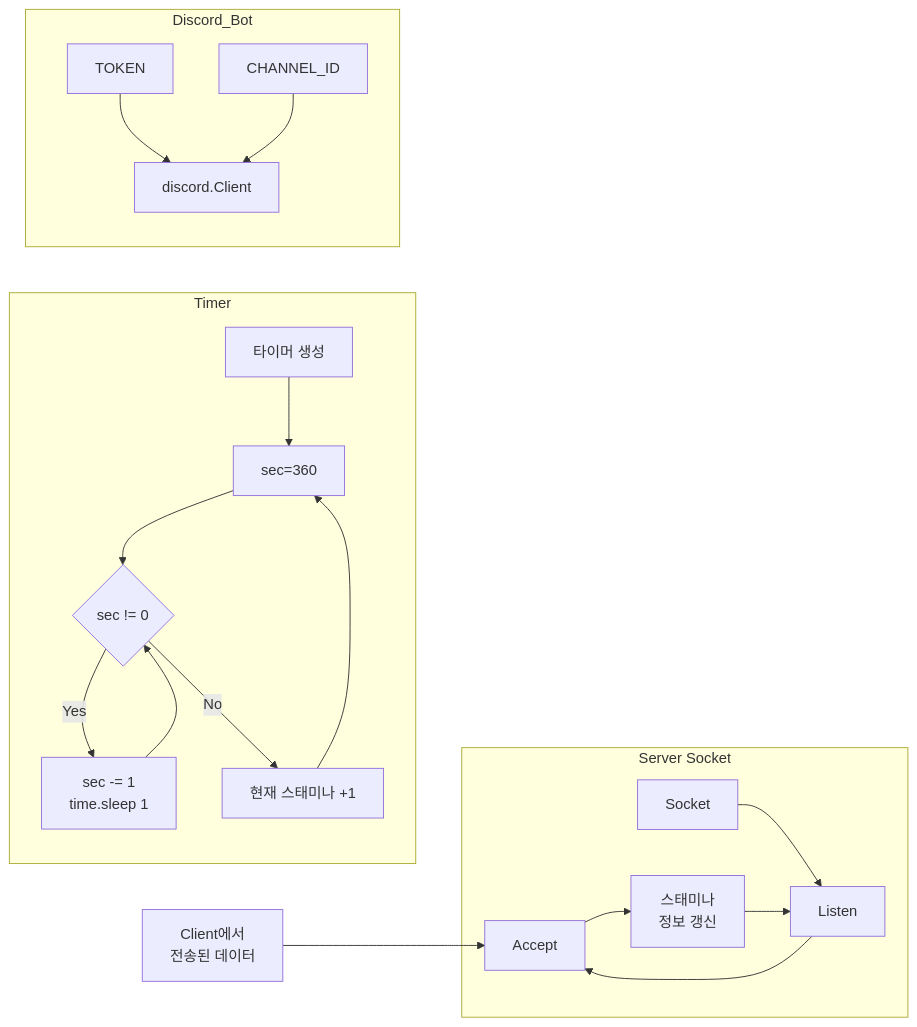
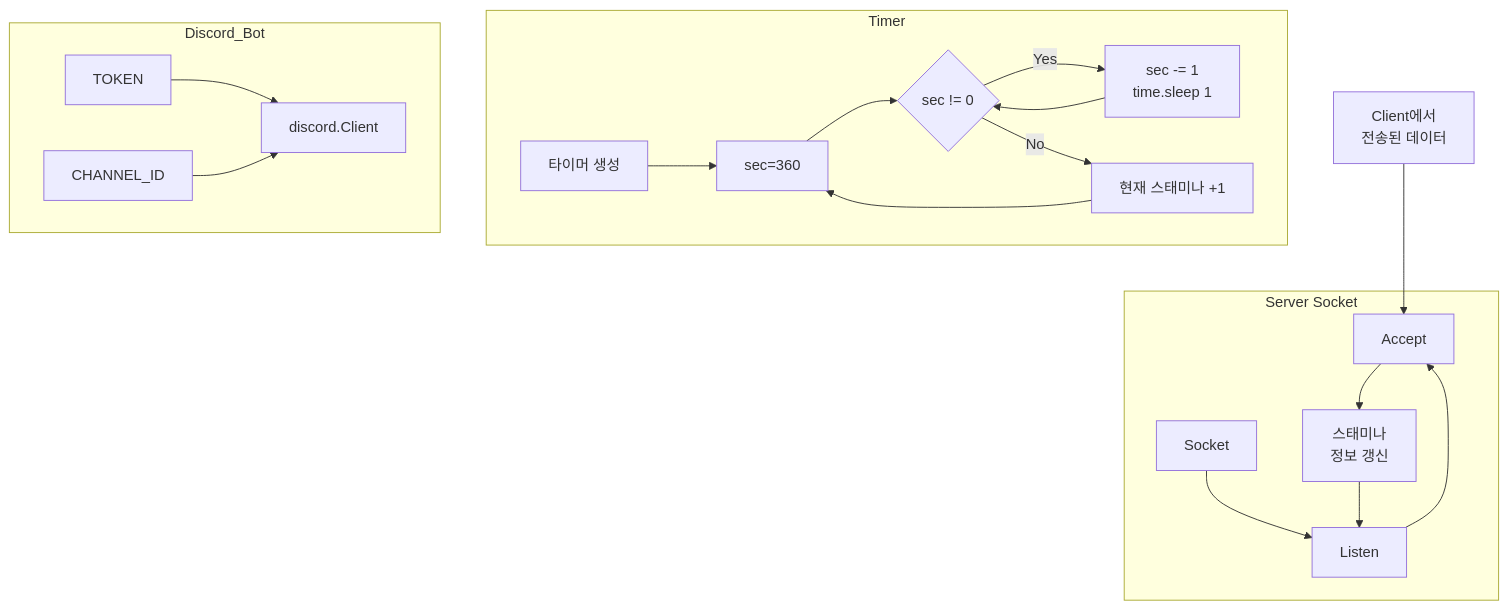
The third of 3 diagrams in README.md (201710808/Game-Stamina-Alarm), drawn with Mermaid before and after one commit.

````diff
--- a/README.md
+++ b/README.md
@@ -55,22 +55,24 @@
 ```mermaid
-graph LR;
+graph TB;
     data[Client에서\n전송된 데이터]-->Accept;
     subgraph Server Socket;
     Socket-->Listen;
     Listen-->Accept;
     Accept-->stamina_sync[스태미나\n정보 갱신];
     stamina_sync-->Listen;
     end;
+
     subgraph Timer;
     timer_start[타이머 생성]-->sec;
     sec[sec=360]-->condition{sec != 0};
     condition-->|"Yes"|process_time[sec -= 1\ntime.sleep 1];
     process_time-->condition;
     condition-->|"No"|sync_stamina[현재 스태미나 +1];
     sync_stamina-->sec;
     end;
+
     subgraph Discord_Bot;
     TOKEN-->Client[discord.Client];
     CHANNEL_ID-->Client;
     end;
 ```
````
